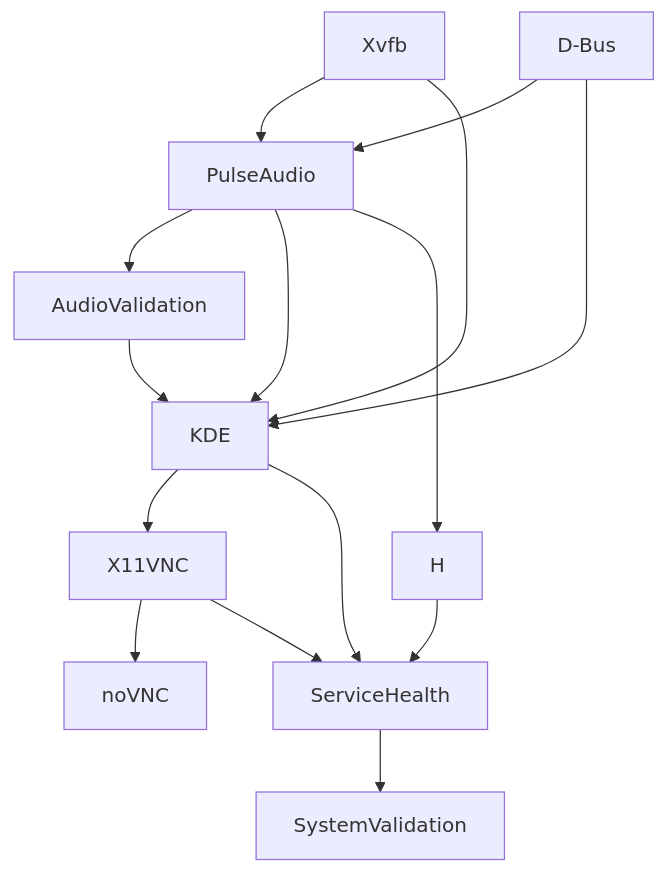
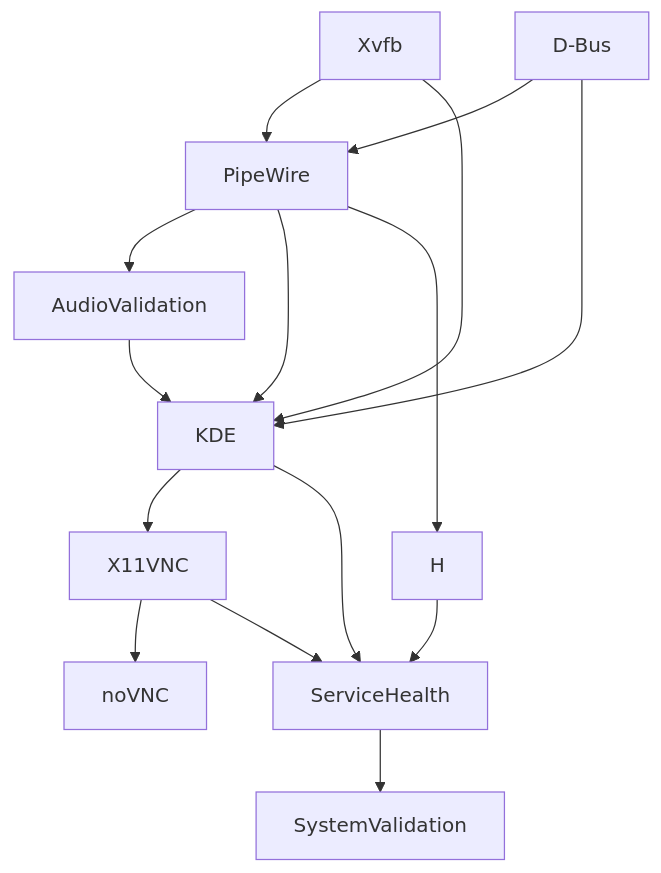
Before and after one commit to MarketingLimited/webtop-omni-desktop: the diagram in ubuntu-kde-docker/SERVICES.md, drawn with Mermaid. The commit also changed other lines of this file and 19 other files, not shown here.

````diff
--- a/ubuntu-kde-docker/SERVICES.md
+++ b/ubuntu-kde-docker/SERVICES.md
@@ -114,18 +114,18 @@
 ```mermaid
 graph TD
-    A[Xvfb] --> C[PulseAudio]
+    A[Xvfb] --> C[PipeWire]
     B[D-Bus] --> C
     C --> D[AudioValidation]
     D --> E[KDE]
     C --> E
     A --> E
     B --> E
     E --> F[X11VNC]
     F --> G[noVNC]
-    
+
     C --> H
     E --> I[ServiceHealth]
     F --> I
     H --> I
     I --> J[SystemValidation]
 ```
````
